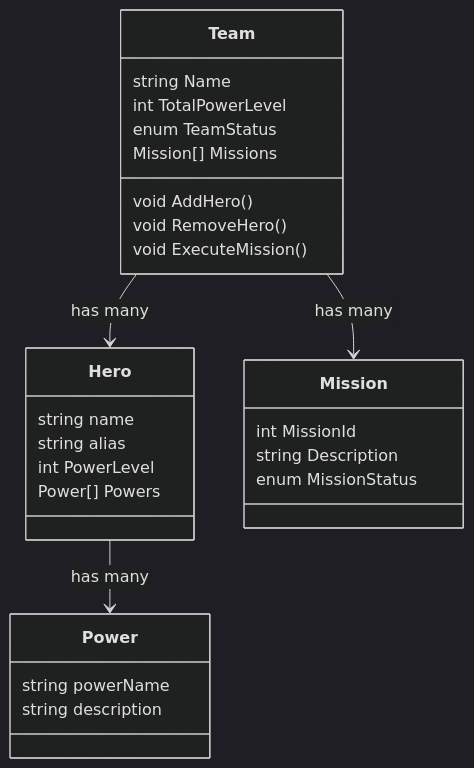
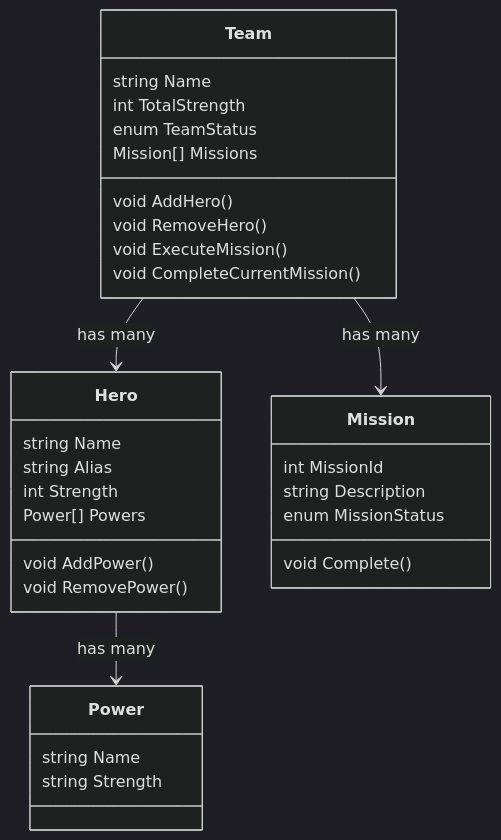
One commit to SSWConsulting/SSW.CleanArchitecture changed the diagram in docs/domain.md. Above: the diagram before and after it, drawn with Mermaid (dark theme). The commit also changed 2 other files, not shown here.

Commit message:
Updated domain model

````diff
--- a/docs/domain.md
+++ b/docs/domain.md
@@ -9,34 +9,38 @@
 ```mermaid
 classDiagram
     class Hero {
-        string name
-        string alias
-        int PowerLevel
+        string Name
+        string Alias
+        int Strength
         Power[] Powers
+        void AddPower()
+        void RemovePower()
     }
 
     class Power {
-        string powerName
-        string description
+        string Name
+        string Strength
     }
 
     class Team {
         string Name
-        int TotalPowerLevel
+        int TotalStrength
         enum TeamStatus
         Mission[] Missions
         void AddHero()
         void RemoveHero()
         void ExecuteMission()
+        void CompleteCurrentMission()
     }
     
     class Mission {
         int MissionId
         string Description
         enum MissionStatus
+        void Complete()
     }
 
     Hero --> Power: has many
     Team --> Hero: has many
     Team --> Mission: has many
 ```
````
